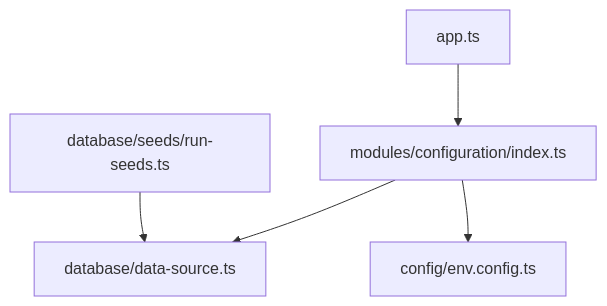
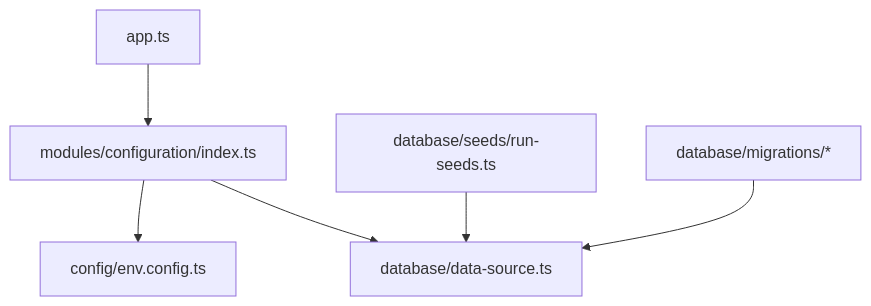
The ninth of 9 diagrams in .qoder/repowiki/en/content/Modules & Features/Administrative Modules/Institutional Configuration.md (franckylab/eLISAschool), drawn with Mermaid before and after one commit. The commit also changed other lines of this file and 155 other files, not shown here.

````diff
--- a/.qoder/repowiki/en/content/Modules & Features/Administrative Modules/Institutional Configuration.md
+++ b/.qoder/repowiki/en/content/Modules & Features/Administrative Modules/Institutional Configuration.md
@@ -404,12 +510,14 @@
 ```mermaid
 graph TB
 App["app.ts"]
 CfgIdx["modules/configuration/index.ts"]
 DS["database/data-source.ts"]
 Env["config/env.config.ts"]
 Seed["database/seeds/run-seeds.ts"]
+Migrations["database/migrations/*"]
 App --> CfgIdx
 CfgIdx --> DS
 CfgIdx --> Env
 Seed --> DS
+Migrations --> DS
 ```
````
